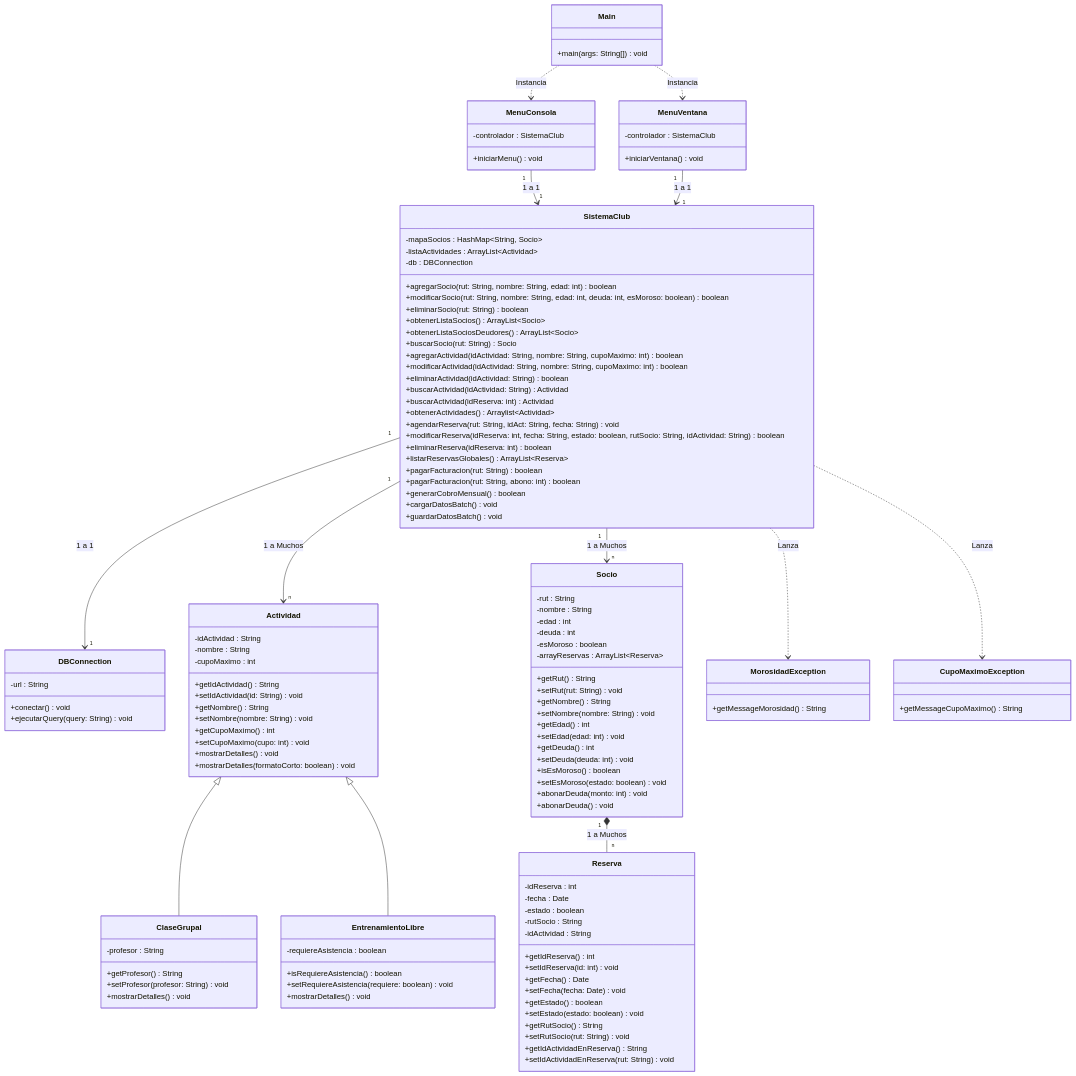
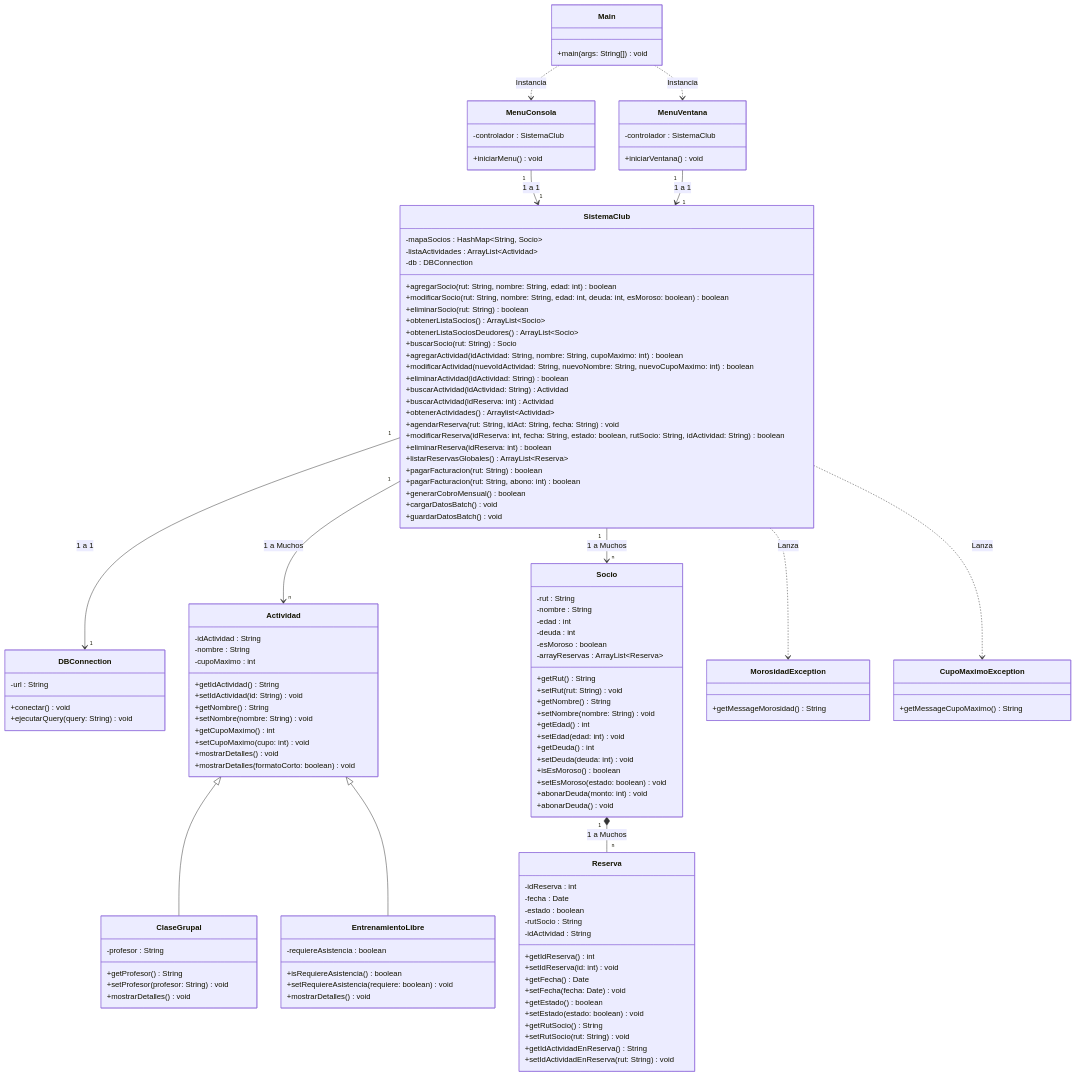
Before and after one commit to L3v1smpr/ProyectoProgramacionAvanzadaUno: the diagram in planificacion/Diagrama de Clases UML.md, drawn with Mermaid. The commit also changed 1 other file, not shown here.

Commit message:
Comletacion de metodos en clase SistemaClase.java, falta completar la estructura UML llevando lo que esta en el diagrama a código.

```diff
--- a/planificacion/Diagrama de Clases UML.md
+++ b/planificacion/Diagrama de Clases UML.md
@@ -27,28 +27,19 @@
 	   +obtenerListaSocios() ArrayList~Socio~
 	   +obtenerListaSociosDeudores() ArrayList~Socio~
 	   +buscarSocio(rut: String) Socio
-	   
-	   
-	   
         +agregarActividad(idActividad: String, nombre: String, cupoMaximo: int) boolean
-        +modificarActividad(idActividad: String, nombre: String, cupoMaximo: int) boolean
+        +modificarActividad(nuevoIdActividad: String, nuevoNombre: String, nuevoCupoMaximo: int) boolean
         +eliminarActividad(idActividad: String) boolean
         +buscarActividad(idActividad: String) Actividad
         +buscarActividad(idReserva: int) Actividad
         +obtenerActividades() Arraylist~Actividad~
-        
         +agendarReserva(rut: String, idAct: String, fecha: String) void
         +modificarReserva(idReserva: int, fecha: String, estado: boolean, rutSocio: String, idActividad: String) boolean
         +eliminarReserva(idReserva: int) boolean
         +listarReservasGlobales() ArrayList~Reserva~
-        
-        
-        
         +pagarFacturacion(rut: String) boolean
         +pagarFacturacion(rut: String, abono: int) boolean
-        
-        +generarCobroMensual() boolean
-        
+        +generarCobroMensual() boolean   
         +cargarDatosBatch() void
         +guardarDatosBatch() void
     }
```
